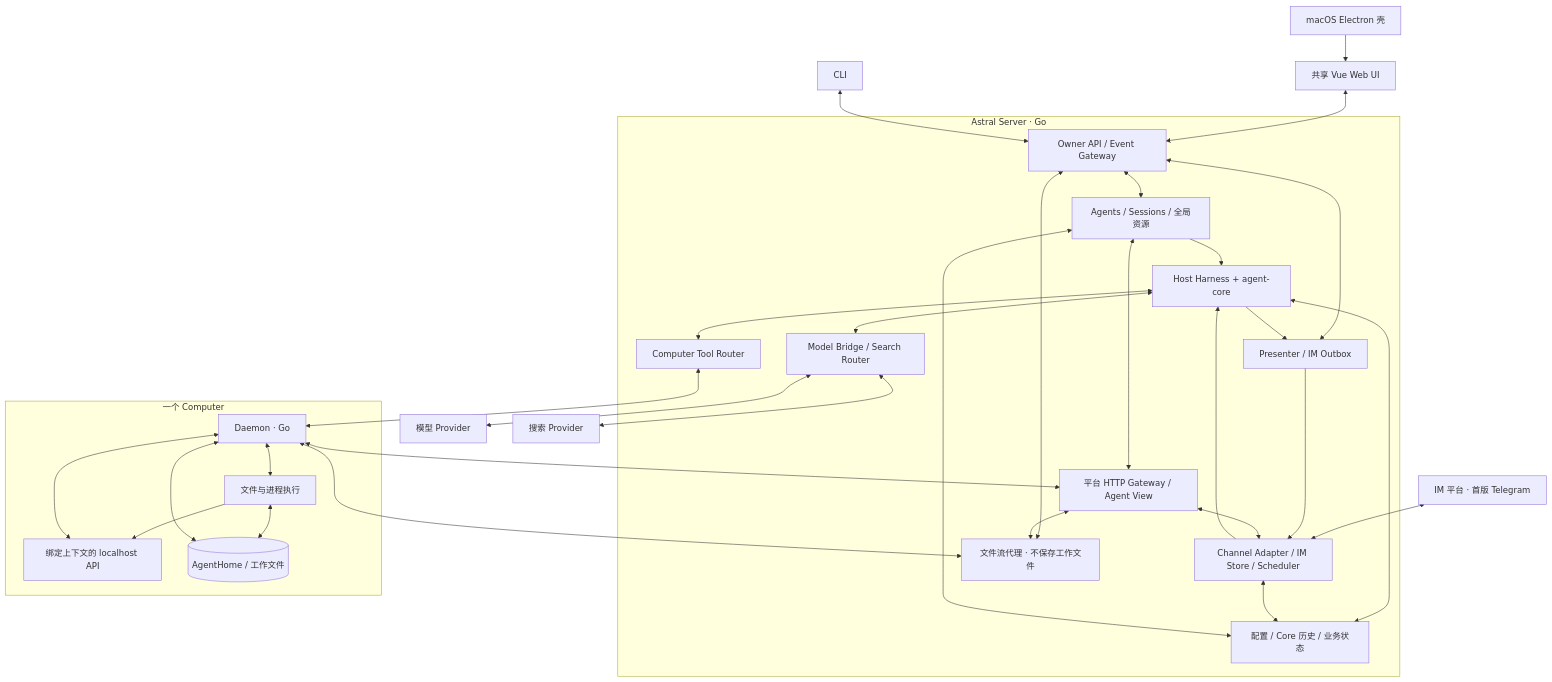
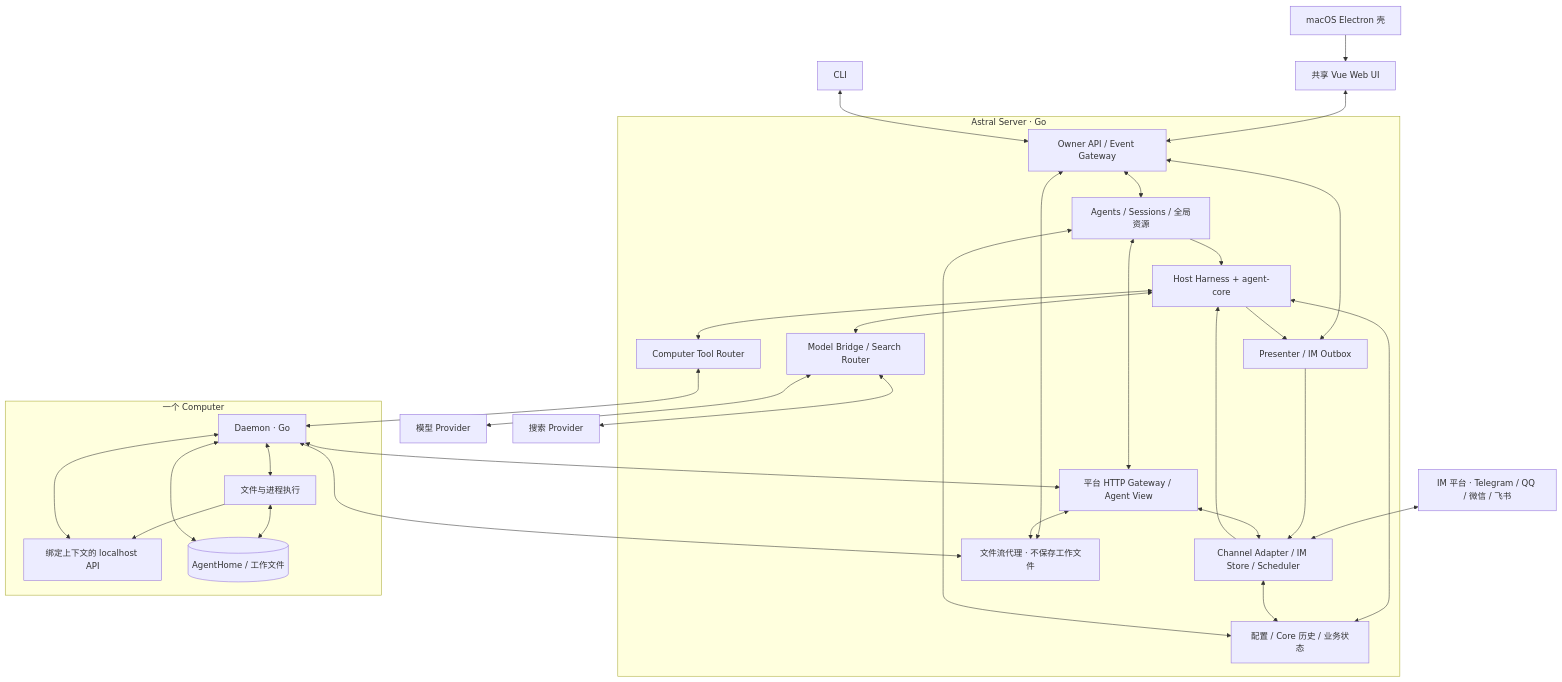
Before and after one commit to oines/astral: the first of 2 diagrams in SPEC.md, drawn with Mermaid. The commit also changed other lines of this file and 12 other files, not shown here.

````diff
--- a/SPEC.md
+++ b/SPEC.md
@@ -163,59 +163,59 @@
 ```mermaid
 flowchart TB
     WEB["共享 Vue Web UI"]
     SHELL["macOS Electron 壳"]
     CLI["CLI"]
-    IM["IM 平台 · 首版 Telegram"]
+    IM["IM 平台 · Telegram / QQ / 微信 / 飞书"]
     MODEL["模型 Provider"]
     SEARCH["搜索 Provider"]
 
     subgraph SERVER["Astral Server · Go"]
         API["Owner API / Event Gateway"]
         REG["Agents / Sessions / 全局资源"]
         IN["Channel Adapter / IM Store / Scheduler"]
         HARNESS["Host Harness + agent-core"]
         BRIDGE["Model Bridge / Search Router"]
         ROUTER["Computer Tool Router"]
         GW["平台 HTTP Gateway / Agent View"]
         FILEPROXY["文件流代理 · 不保存工作文件"]
         PRES["Presenter / IM Outbox"]
         STORE["配置 / Core 历史 / 业务状态"]
     end
 
     subgraph COMPUTER["一个 Computer"]
         DAEMON["Daemon · Go"]
         EXEC["文件与进程执行"]
         LOCAL["绑定上下文的 localhost API"]
         FILES[("AgentHome / 工作文件")]
     end
 
     SHELL --> WEB
     WEB <--> API
     CLI <--> API
     API <--> REG
     API <--> PRES
     IM <--> IN
     IN --> HARNESS
     REG --> HARNESS
     HARNESS <--> BRIDGE
     BRIDGE <--> MODEL
     BRIDGE <--> SEARCH
     HARNESS <--> ROUTER
     HARNESS --> PRES
     PRES --> IN
     HARNESS <--> STORE
     IN <--> STORE
     REG <--> STORE
     ROUTER <--> DAEMON
     DAEMON <--> EXEC
     EXEC <--> FILES
     EXEC --> LOCAL
     LOCAL <--> DAEMON
     DAEMON <--> GW
     GW <--> REG
     GW <--> IN
     API <--> FILEPROXY
     GW <--> FILEPROXY
     FILEPROXY <--> DAEMON
     DAEMON <--> FILES
 ```
````
